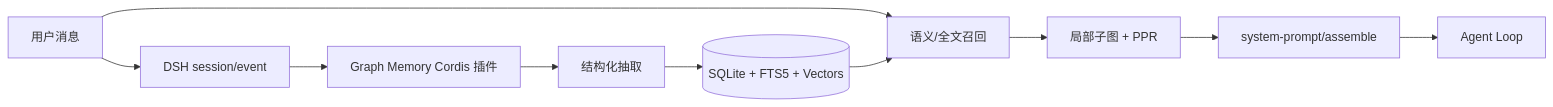
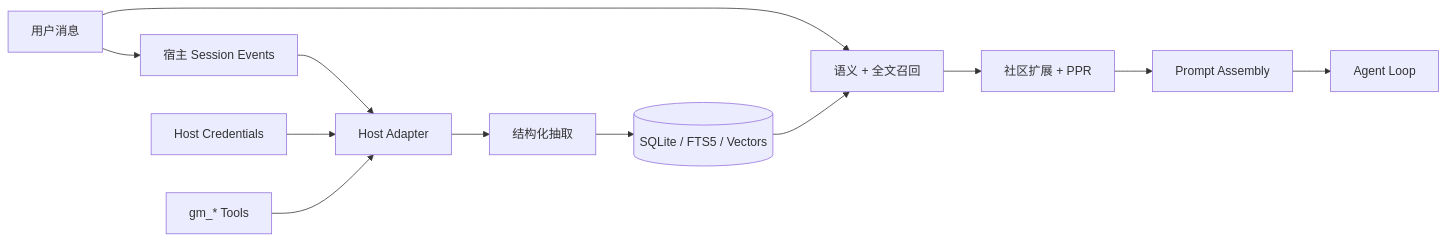
The second of 3 diagrams in README_CN.md (TriDefender/graph-memory), drawn with Mermaid before and after one commit. The commit also changed other lines of this file and 9 other files, not shown here.

Commit message:
docs: relaunch Graph Memory for DeepSeek Harness

````diff
--- a/README_CN.md
+++ b/README_CN.md
@@ -28,12 +131,14 @@
 ```mermaid
 flowchart LR
-  U[用户消息] --> E[DSH session/event]
-  E --> P[Graph Memory Cordis 插件]
-  P --> X[结构化抽取]
-  X --> S[(SQLite + FTS5 + Vectors)]
-  U --> R[语义/全文召回]
-  S --> R
-  R --> G[局部子图 + PPR]
-  G --> A[system-prompt/assemble]
-  A --> L[Agent Loop]
+  USER[用户消息] --> SESSION[宿主 Session Events]
+  SESSION --> ADAPTER[Host Adapter]
+  ADAPTER --> EXTRACT[结构化抽取]
+  EXTRACT --> GRAPH[(SQLite / FTS5 / Vectors)]
+  USER --> RECALL[语义 + 全文召回]
+  GRAPH --> RECALL
+  RECALL --> RANK[社区扩展 + PPR]
+  RANK --> PROMPT[Prompt Assembly]
+  PROMPT --> LOOP[Agent Loop]
+  CREDS[Host Credentials] --> ADAPTER
+  TOOLS[gm_* Tools] --> ADAPTER
 ```
````
